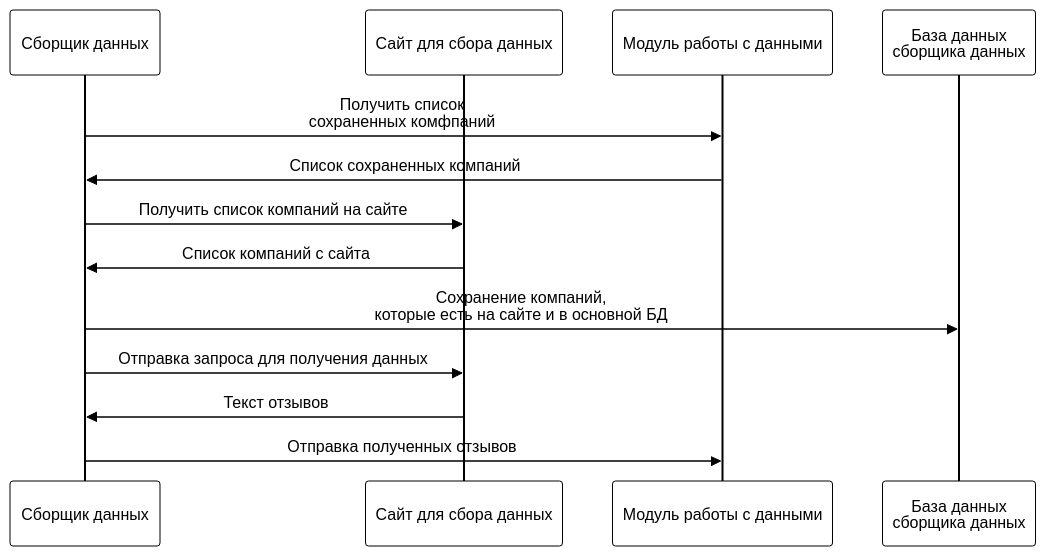
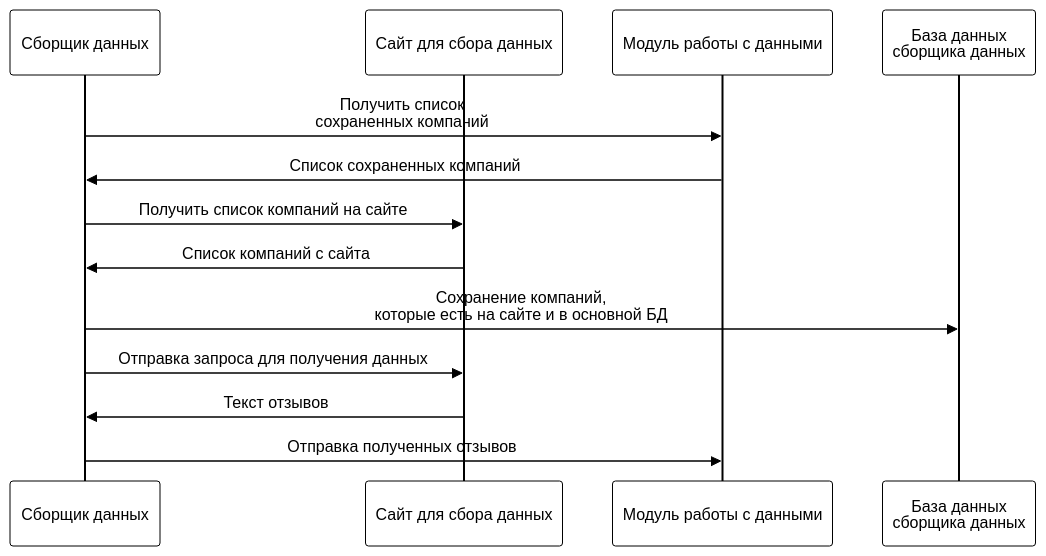
The third of 10 diagrams in docs/vkr.org (dudin-george/ESG_analysis), drawn with Mermaid before and after one commit. The commit also changed other lines of this file and 2 other files, not shown here.

```diff
--- a/docs/vkr.org
+++ b/docs/vkr.org
@@ -528,27 +538,27 @@
 #+begin_src mermaid :exports results :file img/mermaid/parser_flow.png
 %%{
    init: {
      "theme": 'base',
      "themeVariables": {
        "primaryColor": '#FFF',
        "primaryTextColor": '#000',
        "primaryBorderColor": '#000',
        "lineColor": '#FFF'
      }
    }
 }%%
 
 sequenceDiagram
     participant A as Сборщик данных
     participant B as Сайт для сбора данных
     participant API as Модуль работы с данными
     participant DB as База данных<br/>сборщика данных
-    A->>API: Получить список<br/>сохраненных комфпаний
+    A->>API: Получить список<br/>сохраненных компаний
     API->>A: Список сохраненных компаний
     A->>B: Получить список компаний на сайте
     B->>A: Список компаний с сайта
     A->>DB: Сохранение компаний,<br/>которые есть на сайте и в основной БД
     A->>B: Отправка запроса для получения данных
     B->>A: Текст отзывов
     A->>API: Отправка полученных отзывов
 #+end_src
```
